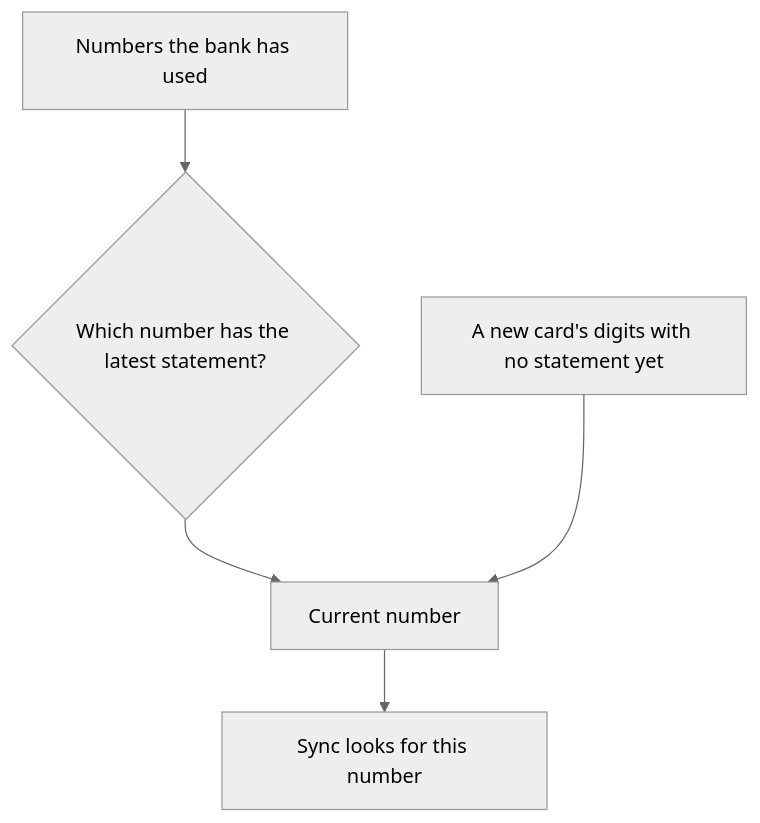
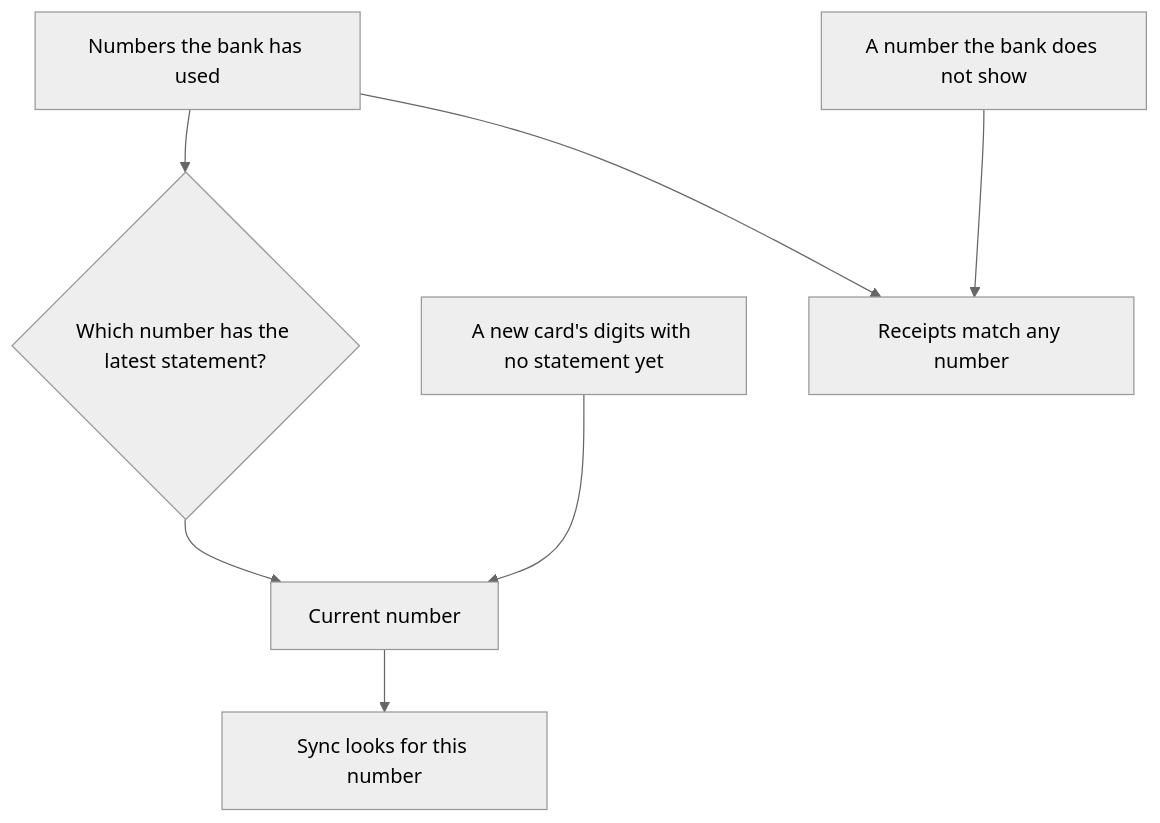
Before and after one commit to spinningyoyo/omsync: the second of 2 diagrams in docs/architecture/accounts.md, drawn with Mermaid (neutral theme). The commit also changed other lines of this file and 28 other files, not shown here.

First line of the commit message:
feat(receipts): read every Costco receipt and match it by any card number

````diff
--- a/docs/architecture/accounts.md
+++ b/docs/architecture/accounts.md
@@ -20,7 +20,9 @@
 ```mermaid
 flowchart TD
     Numbers[Numbers the bank has used] --> Latest{Which number has the latest statement?}
     Latest --> Current[Current number]
     New[A new card's digits with no statement yet] --> Current
     Current --> Sync[Sync looks for this number]
+    Hidden[A number the bank does not show] --> Receipts
+    Numbers --> Receipts[Receipts match any number]
 ```
````
